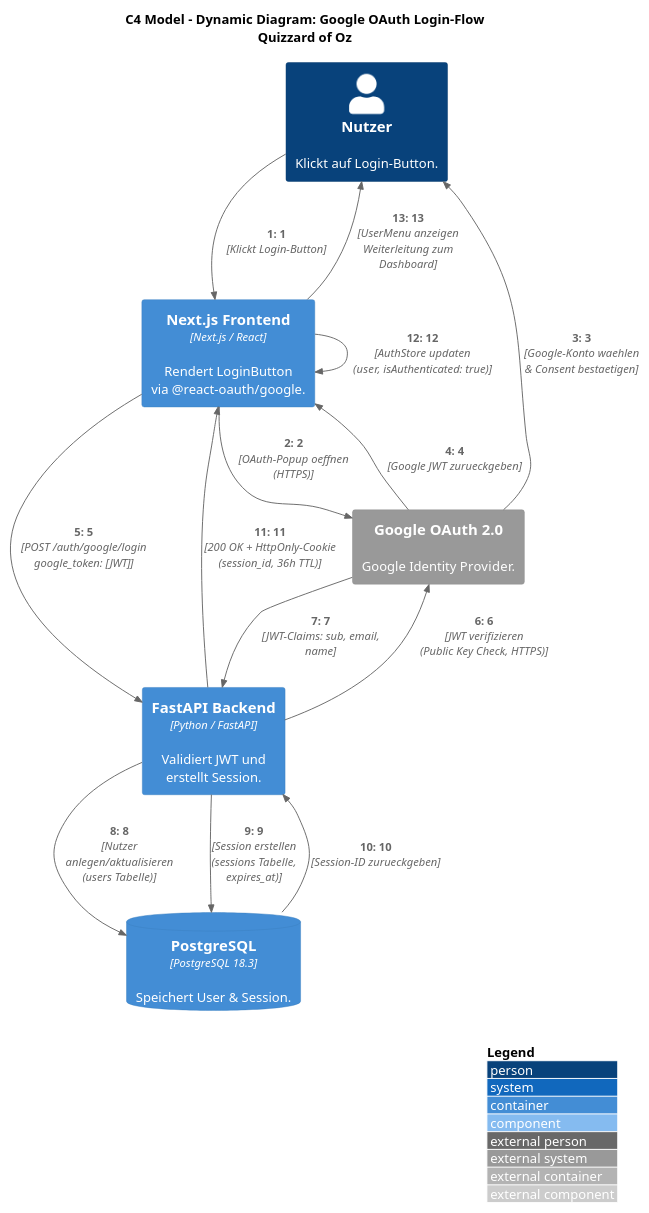
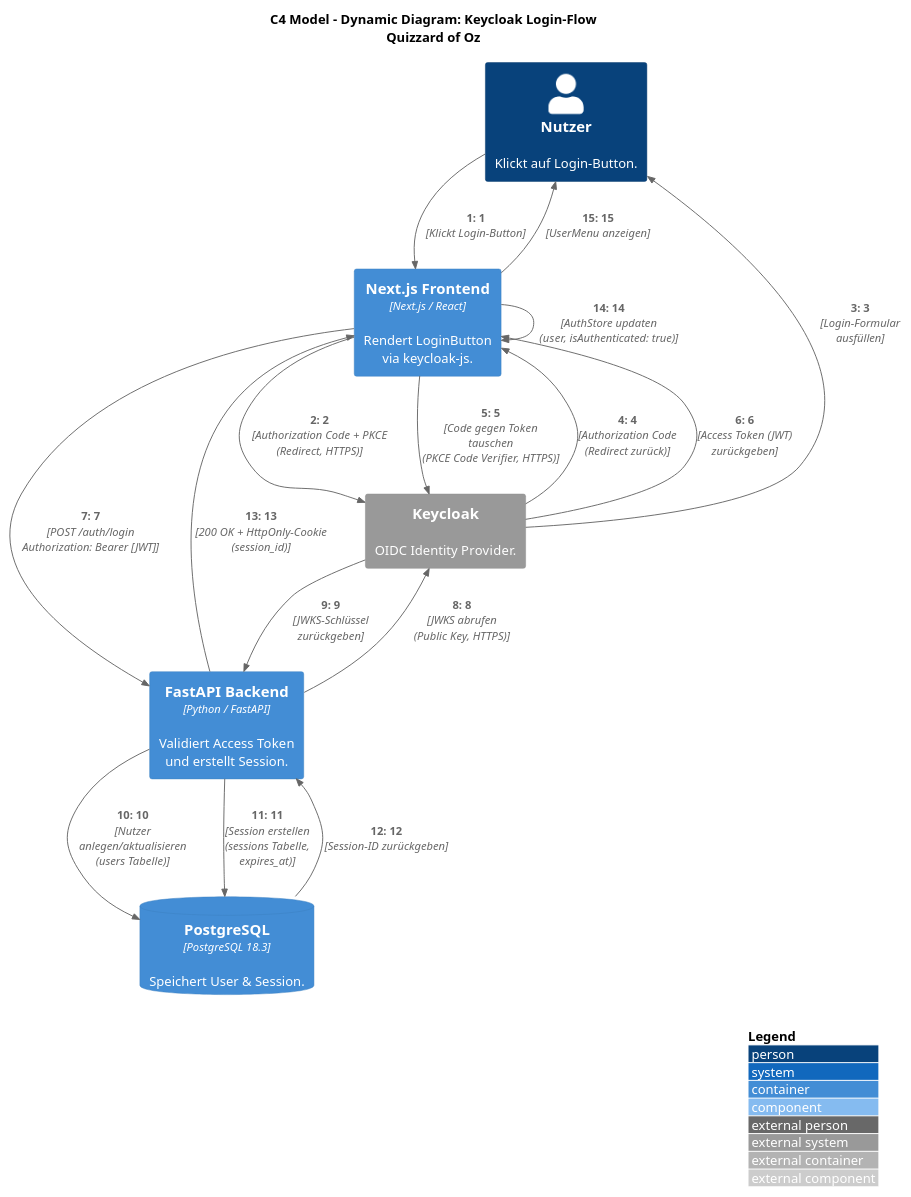
The diagram in docs/c4/c4_dynamic_login.puml (Gravefax/Quizzard-of-Oz), drawn with PlantUML before and after one commit. The commit also changed 38 other files, not shown here.

First line of the commit message:
feat: migrate authentication from Google OAuth to Keycloak

```diff
--- a/docs/c4/c4_dynamic_login.puml
+++ b/docs/c4/c4_dynamic_login.puml
@@ -1,32 +1,34 @@
 @startuml C4_Dynamic_Login
 !include https://raw.githubusercontent.com/plantuml-stdlib/C4-PlantUML/master/C4_Dynamic.puml
 
 LAYOUT_WITH_LEGEND()
 
-title C4 Model - Dynamic Diagram: Google OAuth Login-Flow\nQuizzard of Oz
+title C4 Model - Dynamic Diagram: Keycloak Login-Flow\nQuizzard of Oz
 
 Person(user, "Nutzer", "Klickt auf Login-Button.")
 
-Container(frontend, "Next.js Frontend", "Next.js / React", "Rendert LoginButton\nvia @react-oauth/google.")
+Container(frontend, "Next.js Frontend", "Next.js / React", "Rendert LoginButton\nvia keycloak-js.")
 
-Container(backend, "FastAPI Backend", "Python / FastAPI", "Validiert JWT und\nerstellt Session.")
+Container(backend, "FastAPI Backend", "Python / FastAPI", "Validiert Access Token\nund erstellt Session.")
 
 ContainerDb(database, "PostgreSQL", "PostgreSQL 18.3", "Speichert User & Session.")
 
-System_Ext(google, "Google OAuth 2.0", "Google Identity Provider.")
+System_Ext(keycloak, "Keycloak", "OIDC Identity Provider.")
 
 Rel(user, frontend, "1", "Klickt Login-Button")
-Rel(frontend, google, "2", "OAuth-Popup oeffnen (HTTPS)")
-Rel(google, user, "3", "Google-Konto waehlen\n& Consent bestaetigen")
-Rel(google, frontend, "4", "Google JWT zurueckgeben")
-Rel(frontend, backend, "5", "POST /auth/google/login\ngoogle_token: [JWT]")
-Rel(backend, google, "6", "JWT verifizieren\n(Public Key Check, HTTPS)")
-Rel(google, backend, "7", "JWT-Claims: sub, email, name")
-Rel(backend, database, "8", "Nutzer anlegen/aktualisieren\n(users Tabelle)")
-Rel(backend, database, "9", "Session erstellen\n(sessions Tabelle, expires_at)")
-Rel(database, backend, "10", "Session-ID zurueckgeben")
-Rel(backend, frontend, "11", "200 OK + HttpOnly-Cookie\n(session_id, 36h TTL)")
-Rel(frontend, frontend, "12", "AuthStore updaten\n(user, isAuthenticated: true)")
-Rel(frontend, user, "13", "UserMenu anzeigen\nWeiterleitung zum Dashboard")
+Rel(frontend, keycloak, "2", "Authorization Code + PKCE\n(Redirect, HTTPS)")
+Rel(keycloak, user, "3", "Login-Formular\nausfüllen")
+Rel(keycloak, frontend, "4", "Authorization Code\n(Redirect zurück)")
+Rel(frontend, keycloak, "5", "Code gegen Token tauschen\n(PKCE Code Verifier, HTTPS)")
+Rel(keycloak, frontend, "6", "Access Token (JWT) zurückgeben")
+Rel(frontend, backend, "7", "POST /auth/login\nAuthorization: Bearer [JWT]")
+Rel(backend, keycloak, "8", "JWKS abrufen\n(Public Key, HTTPS)")
+Rel(keycloak, backend, "9", "JWKS-Schlüssel zurückgeben")
+Rel(backend, database, "10", "Nutzer anlegen/aktualisieren\n(users Tabelle)")
+Rel(backend, database, "11", "Session erstellen\n(sessions Tabelle, expires_at)")
+Rel(database, backend, "12", "Session-ID zurückgeben")
+Rel(backend, frontend, "13", "200 OK + HttpOnly-Cookie\n(session_id)")
+Rel(frontend, frontend, "14", "AuthStore updaten\n(user, isAuthenticated: true)")
+Rel(frontend, user, "15", "UserMenu anzeigen")
 
 @enduml
```
